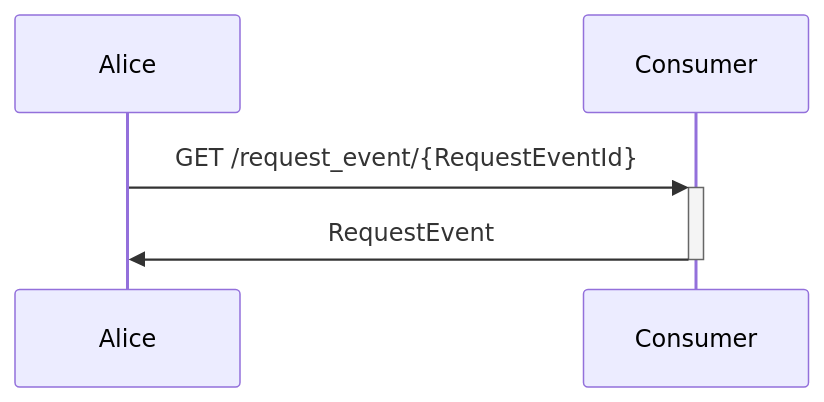
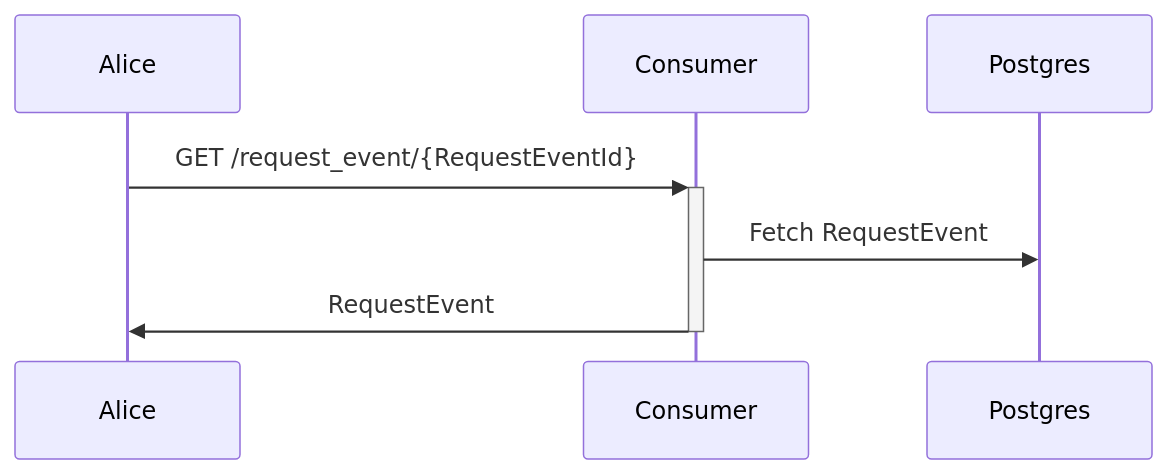
One commit to vanng822/ramlich changed the second of 2 diagrams in README.md. Above: the diagram before and after it, drawn with Mermaid.

Commit message:
Include postgres in flow

````diff
--- a/README.md
+++ b/README.md
@@ -19,5 +19,6 @@
 ```mermaid
 sequenceDiagram
     Alice->>+Consumer: GET /request_event/{RequestEventId}
+    Consumer->>Postgres: Fetch RequestEvent
     Consumer->>-Alice: RequestEvent
 ```
````
